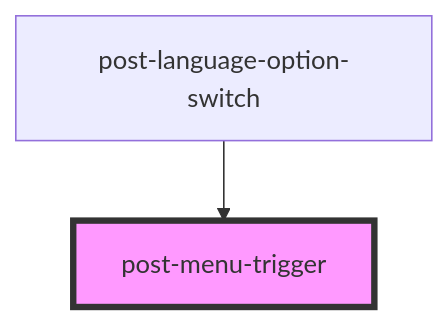
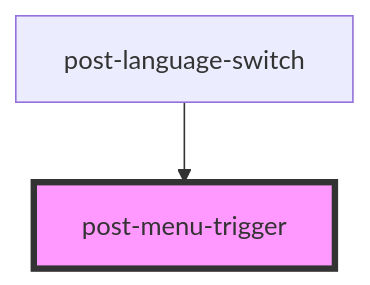
The diagram in packages/components/src/components/post-menu-trigger/readme.md (swisspost/design-system), drawn with Mermaid before and after one commit. The commit also changed other lines of this file and 30 other files, not shown here.

Commit message:
rename post-language-switch to post-language-switch-2 and post-language-option-switch to post-language-switch

````diff
--- a/packages/components/src/components/post-menu-trigger/readme.md
+++ b/packages/components/src/components/post-menu-trigger/readme.md
@@ -22,5 +22,5 @@
 ```mermaid
 graph TD;
-  post-language-option-switch --> post-menu-trigger
+  post-language-switch --> post-menu-trigger
   style post-menu-trigger fill:#f9f,stroke:#333,stroke-width:4px
 ```
````
